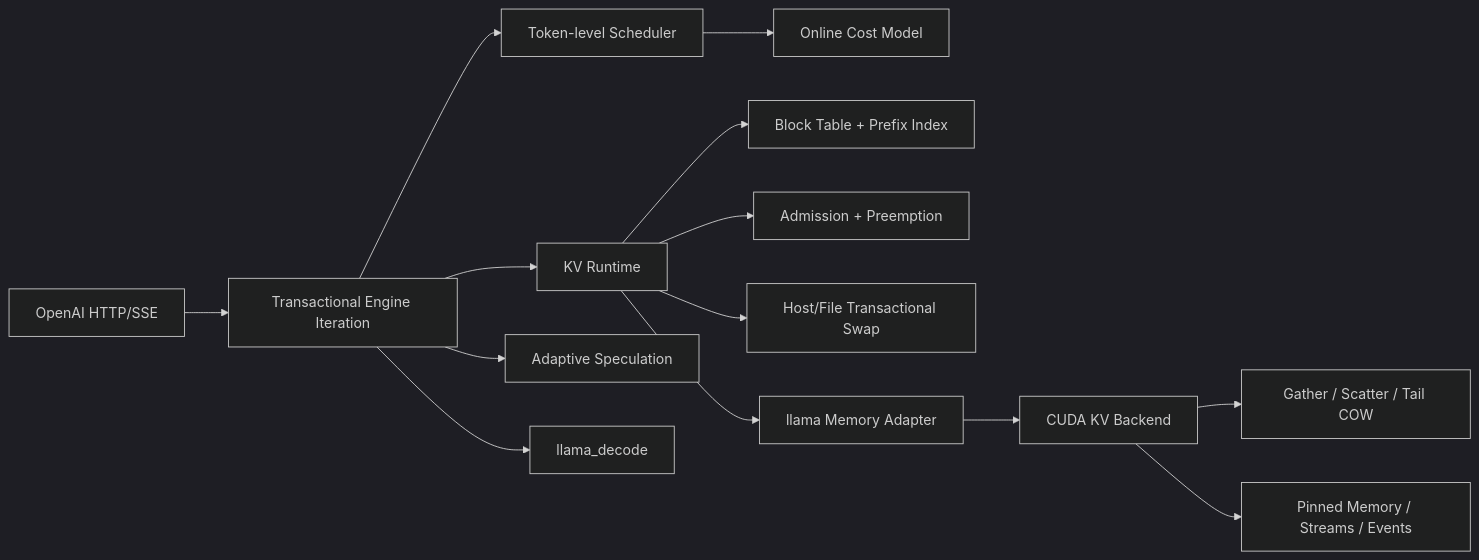
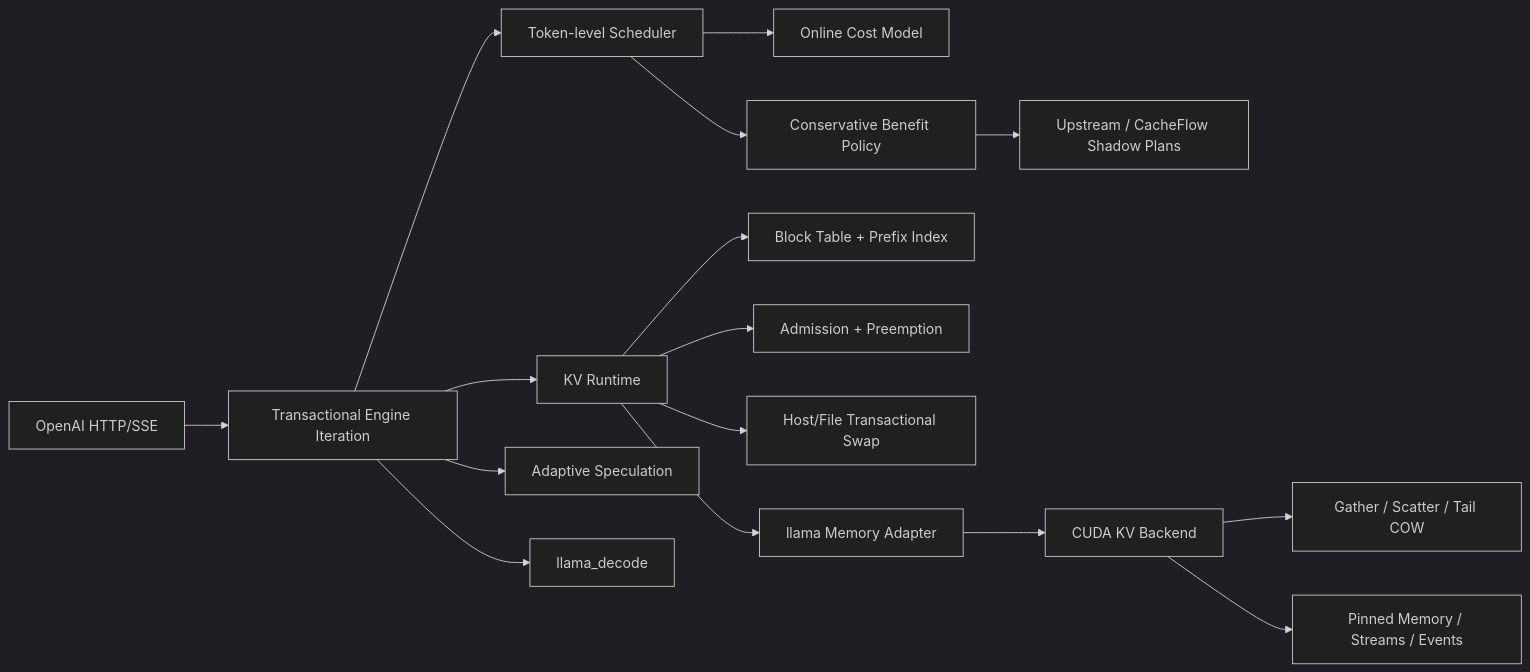
One commit to Ljzljz-211302/cacheflow-llama-runtime changed the diagram in README.md. Above: the diagram before and after it, drawn with Mermaid (dark theme). The commit also changed other lines of this file and 35 other files, not shown here.

Commit message:
feat: validate conservative benefit gating

````diff
--- a/README.md
+++ b/README.md
@@ -9,16 +9,18 @@
 ```mermaid
 flowchart LR
     HTTP[OpenAI HTTP/SSE] --> Engine[Transactional Engine Iteration]
     Engine --> Scheduler[Token-level Scheduler]
     Scheduler --> Cost[Online Cost Model]
+    Scheduler --> Gate[Conservative Benefit Policy]
+    Gate --> Shadow[Upstream / CacheFlow Shadow Plans]
     Engine --> KV[KV Runtime]
     KV --> Blocks[Block Table + Prefix Index]
     KV --> Admission[Admission + Preemption]
     KV --> Swap[Host/File Transactional Swap]
     KV --> Adapter[llama Memory Adapter]
     Adapter --> CUDA[CUDA KV Backend]
     CUDA --> Kernels[Gather / Scatter / Tail COW]
     CUDA --> Async[Pinned Memory / Streams / Events]
     Engine --> Spec[Adaptive Speculation]
     Engine --> Decode[llama_decode]
 ```
````
